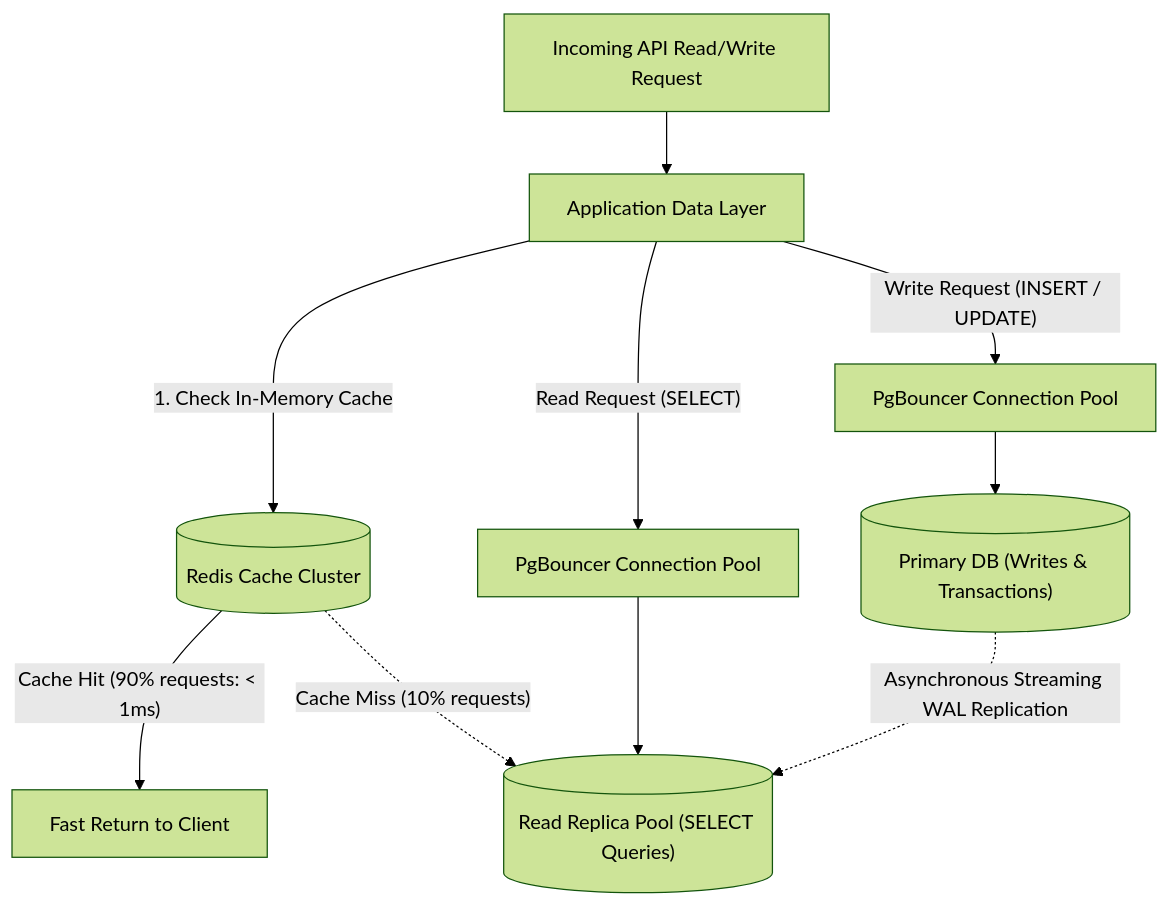
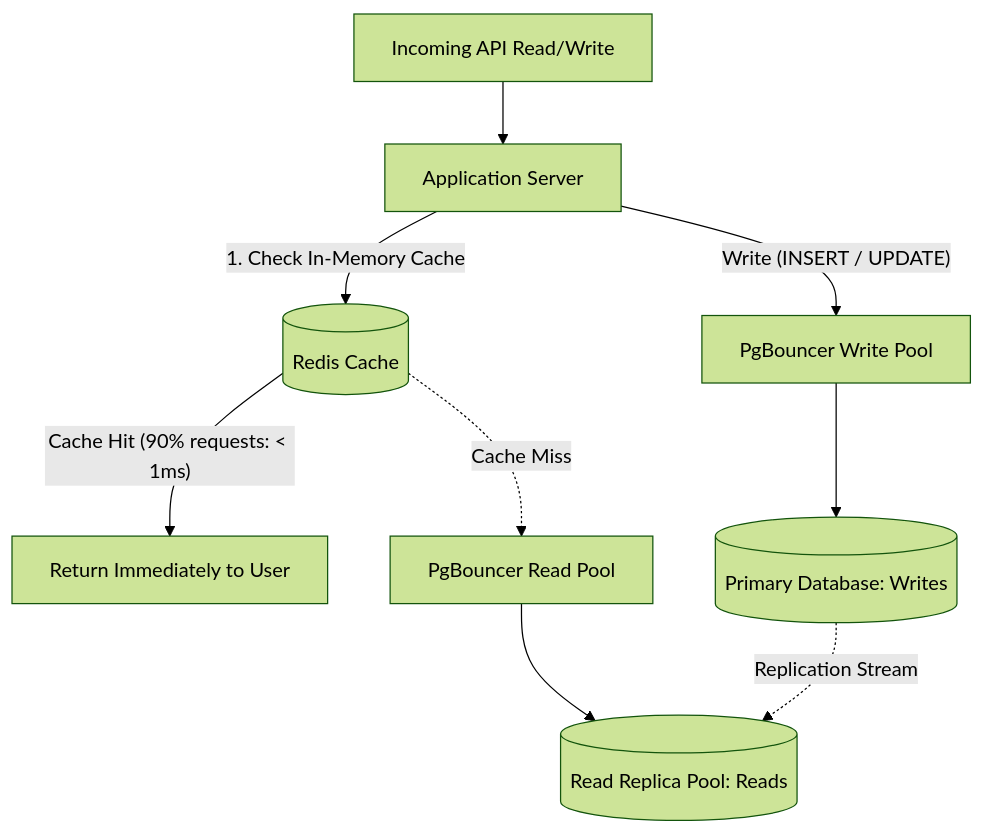
The sixth of 9 diagrams in server.md (Sujalkathait/high-level-design), drawn with Mermaid (forest theme) before and after one commit. The commit also changed other lines of this file, not shown here.

Commit message:
docs: simplify server guide, add free vs paid comparison, and clean formatting

````diff
--- a/server.md
+++ b/server.md
@@ -322,16 +341,15 @@
 ```mermaid
 flowchart TD
-    ClientReq["Incoming API Read/Write Request"] --> Router["Application Data Layer"]
+    Req["Incoming API Read/Write"] --> App["Application Server"]
     
-    Router -->|"1. Check In-Memory Cache"| RedisCache[("Redis Cache Cluster")]
-    RedisCache -->|"Cache Hit (90% requests: < 1ms)"| ReturnHit["Fast Return to Client"]
+    App -->|"1. Check In-Memory Cache"| Redis[("Redis Cache")]
+    Redis -->|"Cache Hit (90% requests: < 1ms)"| FastReturn["Return Immediately to User"]
     
-    RedisCache -.->|"Cache Miss (10% requests)"| ReadReplica
-    Router -->|"Write Request (INSERT / UPDATE)"| PgBouncerWrite["PgBouncer Connection Pool"]
-    Router -->|"Read Request (SELECT)"| PgBouncerRead["PgBouncer Connection Pool"]
+    Redis -.->|"Cache Miss"| ReadPool["PgBouncer Read Pool"]
+    App -->|"Write (INSERT / UPDATE)"| WritePool["PgBouncer Write Pool"]
     
-    PgBouncerWrite --> PrimaryDB[("Primary DB (Writes & Transactions)")]
-    PgBouncerRead --> ReadReplica[("Read Replica Pool (SELECT Queries)")]
+    WritePool --> PrimaryDB[("Primary Database: Writes")]
+    ReadPool --> ReplicaDB[("Read Replica Pool: Reads")]
     
-    PrimaryDB -.->|"Asynchronous Streaming WAL Replication"| ReadReplica
+    PrimaryDB -.->|"Replication Stream"| ReplicaDB
 ```
````
